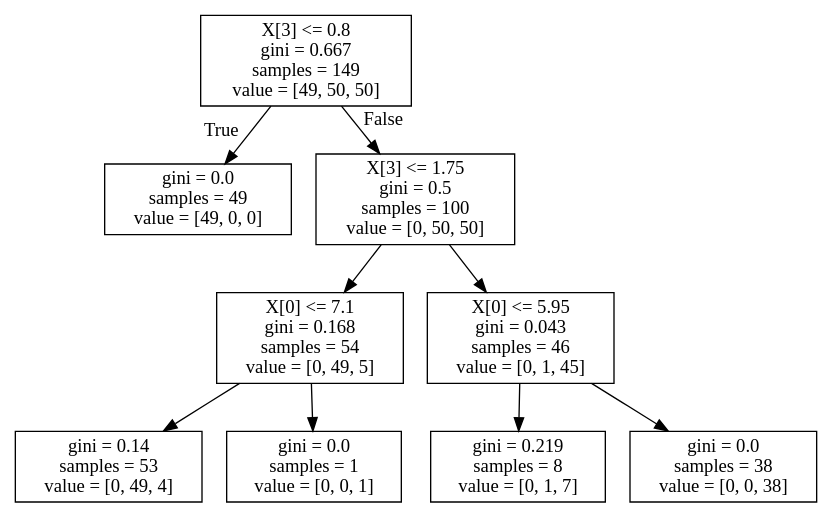
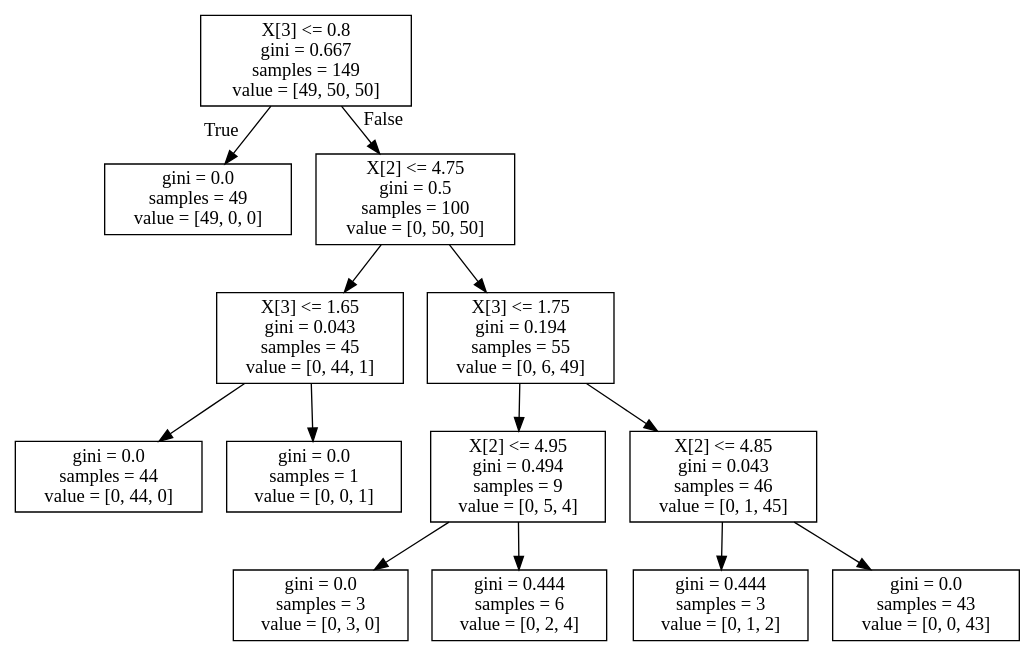
One commit to jjosorioc/Artificial-Intelligence-L.EIC029-Excercises changed the diagram in 5) Supervised Learning/iris_dtc.dot. Above: the diagram before and after it, drawn with Graphviz. The commit also changed 3 other files, not shown here.

```diff
--- a/5) Supervised Learning/iris_dtc.dot
+++ b/5) Supervised Learning/iris_dtc.dot
@@ -1,20 +1,28 @@
 digraph Tree {
 node [shape=box] ;
 0 [label="X[3] <= 0.8\ngini = 0.667\nsamples = 149\nvalue = [49, 50, 50]"] ;
 1 [label="gini = 0.0\nsamples = 49\nvalue = [49, 0, 0]"] ;
 0 -> 1 [labeldistance=2.5, labelangle=45, headlabel="True"] ;
-2 [label="X[3] <= 1.75\ngini = 0.5\nsamples = 100\nvalue = [0, 50, 50]"] ;
+2 [label="X[2] <= 4.75\ngini = 0.5\nsamples = 100\nvalue = [0, 50, 50]"] ;
 0 -> 2 [labeldistance=2.5, labelangle=-45, headlabel="False"] ;
-3 [label="X[0] <= 7.1\ngini = 0.168\nsamples = 54\nvalue = [0, 49, 5]"] ;
+3 [label="X[3] <= 1.65\ngini = 0.043\nsamples = 45\nvalue = [0, 44, 1]"] ;
 2 -> 3 ;
-4 [label="gini = 0.14\nsamples = 53\nvalue = [0, 49, 4]"] ;
+4 [label="gini = 0.0\nsamples = 44\nvalue = [0, 44, 0]"] ;
 3 -> 4 ;
 5 [label="gini = 0.0\nsamples = 1\nvalue = [0, 0, 1]"] ;
 3 -> 5 ;
-6 [label="X[0] <= 5.95\ngini = 0.043\nsamples = 46\nvalue = [0, 1, 45]"] ;
+6 [label="X[3] <= 1.75\ngini = 0.194\nsamples = 55\nvalue = [0, 6, 49]"] ;
 2 -> 6 ;
-7 [label="gini = 0.219\nsamples = 8\nvalue = [0, 1, 7]"] ;
+7 [label="X[2] <= 4.95\ngini = 0.494\nsamples = 9\nvalue = [0, 5, 4]"] ;
 6 -> 7 ;
-8 [label="gini = 0.0\nsamples = 38\nvalue = [0, 0, 38]"] ;
-6 -> 8 ;
+8 [label="gini = 0.0\nsamples = 3\nvalue = [0, 3, 0]"] ;
+7 -> 8 ;
+9 [label="gini = 0.444\nsamples = 6\nvalue = [0, 2, 4]"] ;
+7 -> 9 ;
+10 [label="X[2] <= 4.85\ngini = 0.043\nsamples = 46\nvalue = [0, 1, 45]"] ;
+6 -> 10 ;
+11 [label="gini = 0.444\nsamples = 3\nvalue = [0, 1, 2]"] ;
+10 -> 11 ;
+12 [label="gini = 0.0\nsamples = 43\nvalue = [0, 0, 43]"] ;
+10 -> 12 ;
 }
```
